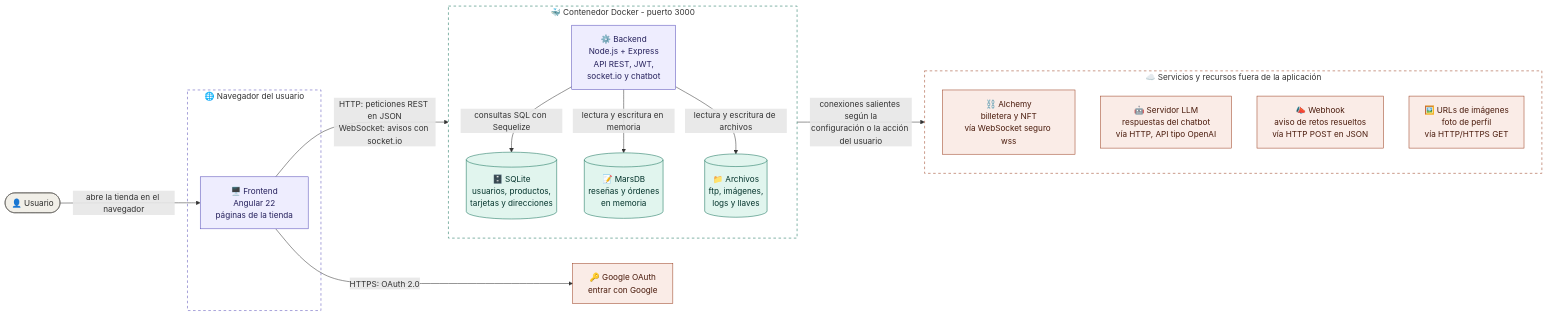
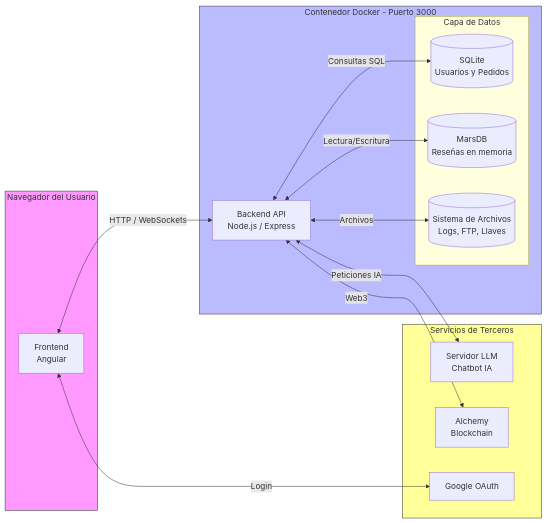
Before and after one commit to juice-shop/juice-shop: the diagram in security/diseño/arquitectura.md, drawn with Mermaid. The commit also changed other lines of this file and 6 other files, not shown here.

````diff
--- a/security/diseño/arquitectura.md
+++ b/security/diseño/arquitectura.md
@@ -7,46 +7,34 @@
 ```mermaid
 flowchart LR
-  U(["👤 Usuario"])
+    subgraph Cliente [Navegador del Usuario]
+        FE[Frontend<br/>Angular]
+    end
 
-  subgraph NAV["🌐 Navegador del usuario"]
-    FE["🖥️ Frontend<br/>Angular 22<br/>páginas de la tienda"]
-  end
+    subgraph Servidor [Contenedor Docker - Puerto 3000]
+        BE[Backend API<br/>Node.js / Express]
+        
+        subgraph Datos [Capa de Datos]
+            DB1[(SQLite<br/>Usuarios y Pedidos)]
+            DB2[(MarsDB<br/>Reseñas en memoria)]
+            FS[(Sistema de Archivos<br/>Logs, FTP, Llaves)]
+        end
+    end
 
-  G["🔑 Google OAuth<br/>entrar con Google"]
+    subgraph Externos [Servicios de Terceros]
+        G[Google OAuth]
+        LLM[Servidor LLM<br/>Chatbot IA]
+        ALC[Alchemy<br/>Blockchain]
+    end
 
-  subgraph DOCKER["🐳 Contenedor Docker - puerto 3000"]
-    direction TB
-    BE["⚙️ Backend<br/>Node.js + Express<br/>API REST, JWT,<br/>socket.io y chatbot"]
-    SQL[("🗄️ SQLite<br/>usuarios, productos,<br/>tarjetas y direcciones")]
-    MARS[("📝 MarsDB<br/>reseñas y órdenes<br/>en memoria")]
-    FS[("📁 Archivos<br/>ftp, imágenes,<br/>logs y llaves")]
-    BE -- "consultas SQL con Sequelize" --> SQL
-    BE -- "lectura y escritura en memoria" --> MARS
-    BE -- "lectura y escritura de archivos" --> FS
-  end
+    FE <-->|HTTP / WebSockets| BE
+    FE <-->|Login| G
+    BE <-->|Consultas SQL| DB1
+    BE <-->|Lectura/Escritura| DB2
+    BE <-->|Archivos| FS
+    BE <-->|Peticiones IA| LLM
+    BE <-->|Web3| ALC
 
-  subgraph EXT["☁️ Servicios y recursos fuera de la aplicación"]
-    direction TB
-    A["⛓️ Alchemy<br/>billetera y NFT<br/>vía WebSocket seguro wss"]
-    L["🤖 Servidor LLM<br/>respuestas del chatbot<br/>vía HTTP, API tipo OpenAI"]
-    W["📣 Webhook<br/>aviso de retos resueltos<br/>vía HTTP POST en JSON"]
-    I["🖼️ URLs de imágenes<br/>foto de perfil<br/>vía HTTP/HTTPS GET"]
-  end
-
-  U -- "abre la tienda en el navegador" --> FE
-  FE -- "HTTP: peticiones REST en JSON<br/>WebSocket: avisos con socket.io" --> BE
-  FE -- "HTTPS: OAuth 2.0" --> G
-  BE -- "conexiones salientes según la<br/>configuración o la acción del usuario" --> EXT
-
-  classDef usuario fill:#F1EFE8,stroke:#5F5E5A,color:#2C2C2A
-  classDef app fill:#EEEDFE,stroke:#534AB7,color:#26215C
-  classDef datos fill:#E1F5EE,stroke:#0F6E56,color:#04342C
-  classDef externo fill:#FAECE7,stroke:#993C1D,color:#4A1B0C
-  class U usuario
-  class FE,BE app
-  class SQL,MARS,FS datos
-  class G,A,L,W,I externo
-  style NAV fill:#FFFFFF,stroke:#534AB7,stroke-dasharray: 5 5
-  style DOCKER fill:#FFFFFF,stroke:#0F6E56,stroke-dasharray: 5 5
-  style EXT fill:#FFFFFF,stroke:#993C1D,stroke-dasharray: 5 5
+    style Cliente fill:#f9f,stroke:#333
+    style Servidor fill:#bbf,stroke:#333
+    style Externos fill:#ff9,stroke:#333
 ```
````
